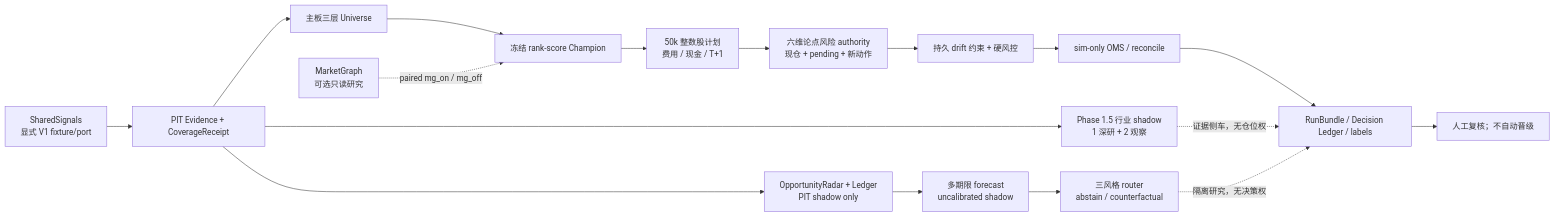
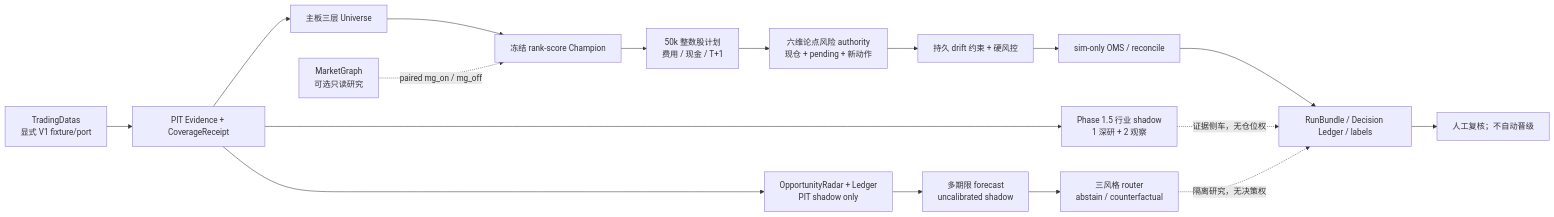
The diagram in README.md (NicholasHan1226/Tradingagent.cc), drawn with Mermaid before and after one commit. The commit also changed other lines of this file and 192 other files, not shown here.

````diff
--- a/README.md
+++ b/README.md
@@ -17,19 +18,19 @@
 ```mermaid
 flowchart LR
-    SS["SharedSignals\n显式 V1 fixture/port"] --> C["PIT Evidence + CoverageReceipt"]
+    TD["TradingDatas\n显式 V1 fixture/port"] --> C["PIT Evidence + CoverageReceipt"]
     C --> U["主板三层 Universe"]
     C --> I["Phase 1.5 行业 shadow\n1 深研 + 2 观察"]
     C --> O["OpportunityRadar + Ledger\nPIT shadow only"]
     O --> F["多期限 forecast\nuncalibrated shadow"]
     F --> R["三风格 router\nabstain / counterfactual"]
     U --> CH["冻结 rank-score Champion"]
     MG["MarketGraph\n可选只读研究"] -. "paired mg_on / mg_off" .-> CH
     CH --> P["50k 整数股计划\n费用 / 现金 / T+1"]
     P --> T["六维论点风险 authority\n现仓 + pending + 新动作"]
     T --> D["持久 drift 约束 + 硬风控"]
     D --> A["sim-only OMS / reconcile"]
     A --> J["RunBundle / Decision Ledger / labels"]
     I -. "证据侧车，无仓位权" .-> J
     R -. "隔离研究，无决策权" .-> J
     J --> M["人工复核；不自动晋级"]
 ```
````
